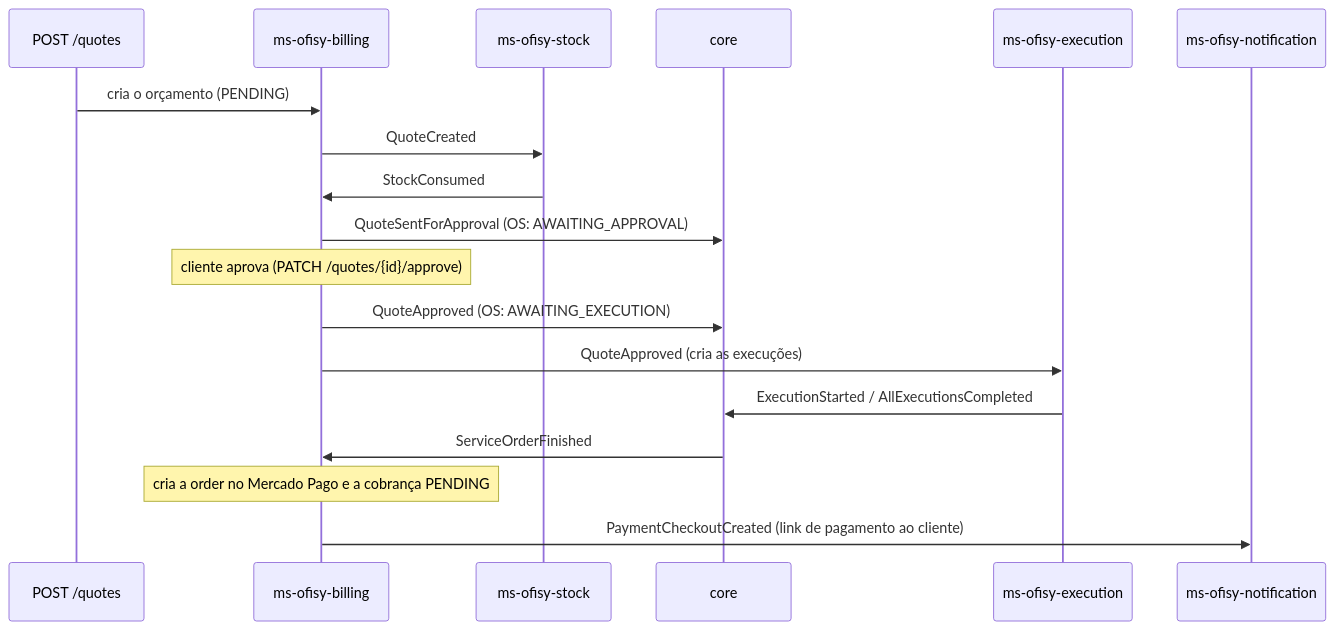
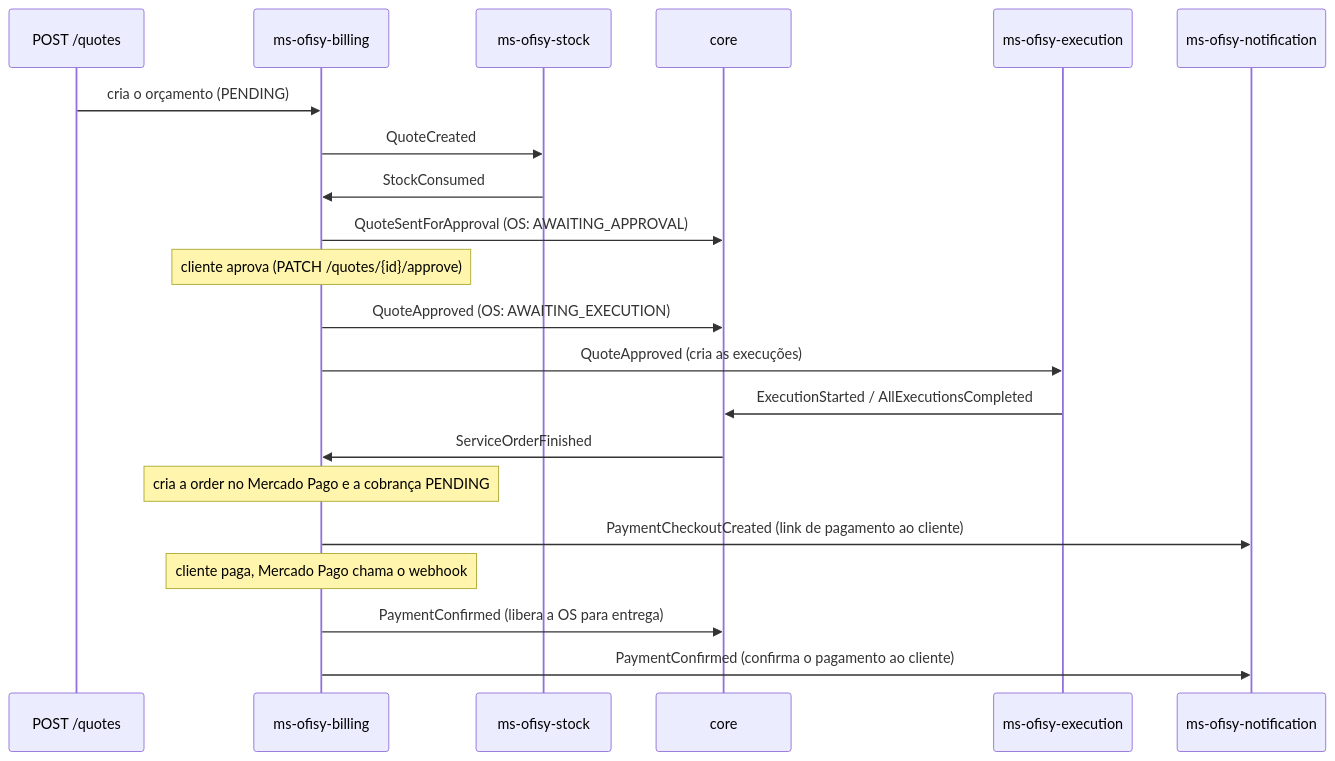
The fourth of 4 diagrams in docs/MESSAGING.md (15SOAT-FIAP/ms-ofisy-billing), drawn with Mermaid before and after one commit. The commit also changed other lines of this file, not shown here.

Commit message:
docs: documentar o webhook e os eventos de pagamento

````diff
--- a/docs/MESSAGING.md
+++ b/docs/MESSAGING.md
@@ -443,21 +526,24 @@
 ```mermaid
 sequenceDiagram
     participant API as POST /quotes
     participant B as ms-ofisy-billing
     participant S as ms-ofisy-stock
     participant C as core
     participant E as ms-ofisy-execution
     participant N as ms-ofisy-notification
 
     API->>B: cria o orçamento (PENDING)
     B->>S: QuoteCreated
     S->>B: StockConsumed
     B->>C: QuoteSentForApproval (OS: AWAITING_APPROVAL)
     Note over B: cliente aprova (PATCH /quotes/{id}/approve)
     B->>C: QuoteApproved (OS: AWAITING_EXECUTION)
     B->>E: QuoteApproved (cria as execuções)
     E->>C: ExecutionStarted / AllExecutionsCompleted
     C->>B: ServiceOrderFinished
     Note over B: cria a order no Mercado Pago e a cobrança PENDING
     B->>N: PaymentCheckoutCreated (link de pagamento ao cliente)
+    Note over B: cliente paga, Mercado Pago chama o webhook
+    B->>C: PaymentConfirmed (libera a OS para entrega)
+    B->>N: PaymentConfirmed (confirma o pagamento ao cliente)
 ```
````
